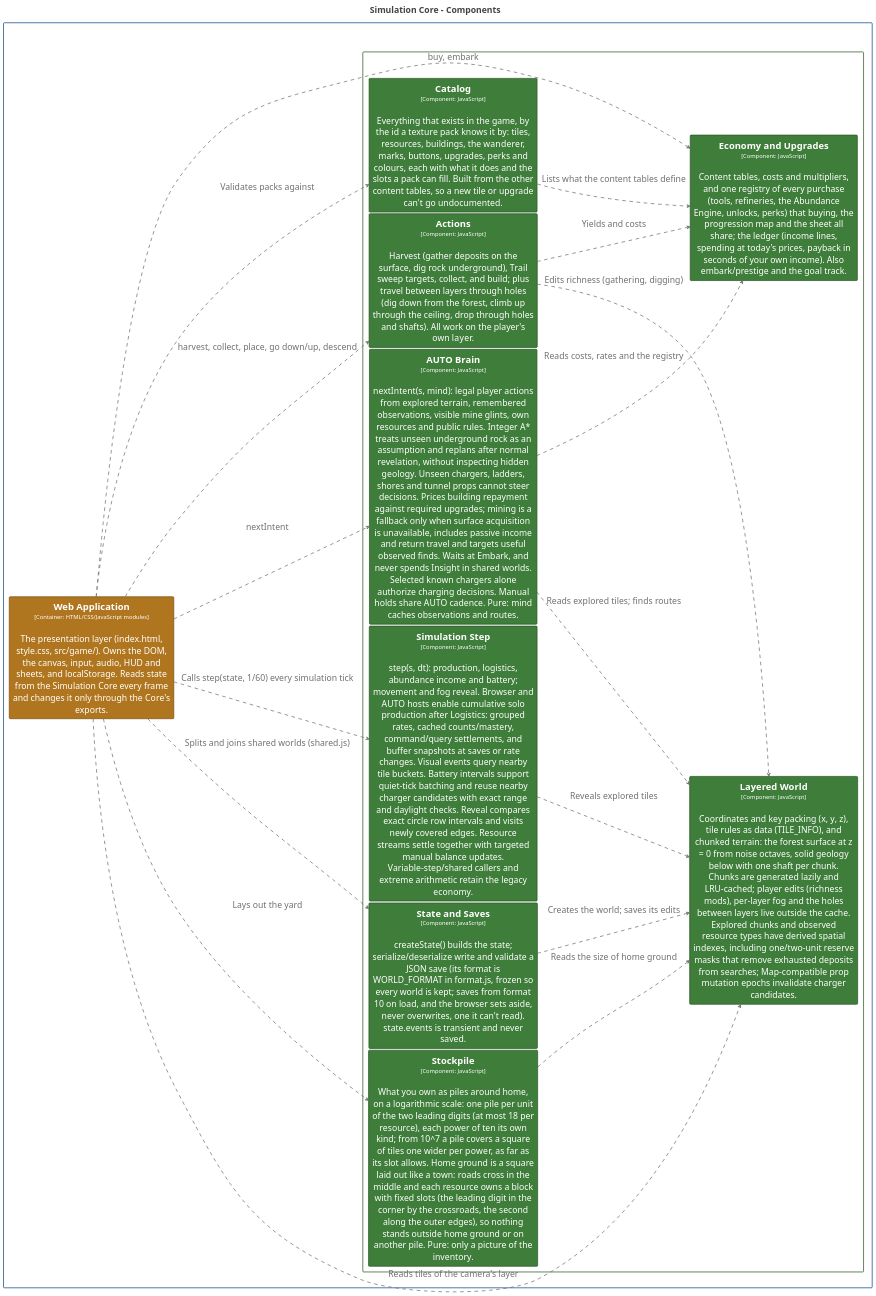
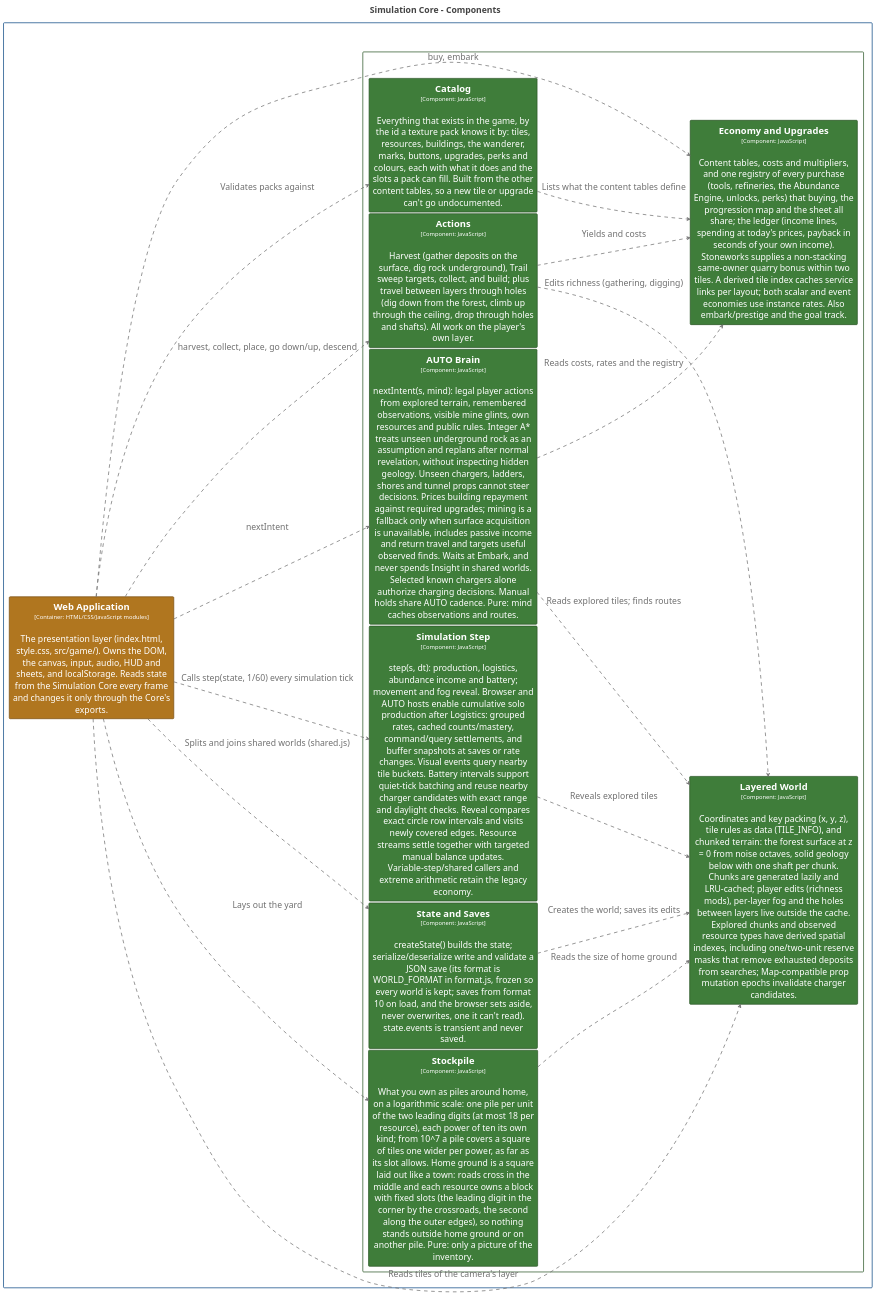
The diagram in structurizr/diagrams/CoreComponents.puml (bitkojine/more-than-enough), drawn with PlantUML before and after one commit. The commit also changed 59 other files, not shown here.

```diff
--- a/structurizr/diagrams/CoreComponents.puml
+++ b/structurizr/diagrams/CoreComponents.puml
@@ -2,104 +2,104 @@
 @startuml
 title <size:24>Simulation Core - Components</size>
 
 set separator none
 left to right direction
 skinparam ranksep 20
 skinparam nodesep 5
 hide stereotype
 
 <style>
   root {
     BackgroundColor: #ffffff;
     FontColor: #444444;
   }
   // Element,Component,Core Engine
   .Element-RWxlbWVudCxDb21wb25lbnQsQ29yZSBFbmdpbmU= {
     BackgroundColor: #3f7d3a;
     LineColor: #2c5728;
     LineStyle: 0;
     LineThickness: 2;
     FontColor: #ffffff;
     FontSize: 24;
     HorizontalAlignment: center;
     Shadowing: 0;
     MaximumWidth: 450;
   }
   // Element,Container,Presentation
   .Element-RWxlbWVudCxDb250YWluZXIsUHJlc2VudGF0aW9u {
     BackgroundColor: #b0761f;
     LineColor: #7b5215;
     LineStyle: 0;
     LineThickness: 2;
     FontColor: #ffffff;
     FontSize: 24;
     HorizontalAlignment: center;
     Shadowing: 0;
     MaximumWidth: 450;
   }
   // Relationship
   .Relationship-UmVsYXRpb25zaGlw {
     LineThickness: 2;
     LineStyle: 10-10;
     LineColor: #707070;
     FontColor: #707070;
     FontSize: 24;
     MaximumWidth: 200;
   }
   // MORE THAN ENOUGH
   .Boundary-TU9SRSBUSEFOIEVOT1VHSA== {
     BackgroundColor: #ffffff;
     LineColor: #0b4884;
     LineStyle: 0;
     LineThickness: 2;
     FontColor: #ffffff;
     FontSize: 24;
     HorizontalAlignment: center;
     Shadowing: 0;
   }
   // Simulation Core
   .Boundary-U2ltdWxhdGlvbiBDb3Jl {
     BackgroundColor: #ffffff;
     LineColor: #2c5728;
     LineStyle: 0;
     LineThickness: 2;
     FontColor: #ffffff;
     FontSize: 24;
     HorizontalAlignment: center;
     Shadowing: 0;
   }
 </style>
 
 rectangle "MORE THAN ENOUGH\n<size:16>[Software System]</size>" <<Boundary-TU9SRSBUSEFOIEVOT1VHSA==>> {
   rectangle "Simulation Core\n<size:16>[Container: JavaScript modules (browser + Node)]</size>" <<Boundary-U2ltdWxhdGlvbiBDb3Jl>> {
     rectangle "==Layered World\n<size:16>[Component: JavaScript]</size>\n\nCoordinates and key packing (x, y, z), tile rules as data (TILE_INFO), and chunked terrain: the forest surface at z = 0 from noise octaves, solid geology below with one shaft per chunk. Chunks are generated lazily and LRU-cached; player edits (richness mods), per-layer fog and the holes between layers live outside the cache. Explored chunks and observed resource types have derived spatial indexes, including one/two-unit reserve masks that remove exhausted deposits from searches; Map-compatible prop mutation epochs invalidate charger candidates." <<Element-RWxlbWVudCxDb21wb25lbnQsQ29yZSBFbmdpbmU=>> as MORETHANENOUGH.SimulationCore.LayeredWorld
     rectangle "==State and Saves\n<size:16>[Component: JavaScript]</size>\n\ncreateState() builds the state; serialize/deserialize write and validate a JSON save (its format is WORLD_FORMAT in format.js, frozen so every world is kept; saves from format 10 on load, and the browser sets aside, never overwrites, one it can't read). state.events is transient and never saved." <<Element-RWxlbWVudCxDb21wb25lbnQsQ29yZSBFbmdpbmU=>> as MORETHANENOUGH.SimulationCore.StateandSaves
     rectangle "==Simulation Step\n<size:16>[Component: JavaScript]</size>\n\nstep(s, dt): production, logistics, abundance income and battery; movement and fog reveal. Browser and AUTO hosts enable cumulative solo production after Logistics: grouped rates, cached counts/mastery, command/query settlements, and buffer snapshots at saves or rate changes. Visual events query nearby tile buckets. Battery intervals support quiet-tick batching and reuse nearby charger candidates with exact range and daylight checks. Reveal compares exact circle row intervals and visits newly covered edges. Resource streams settle together with targeted manual balance updates. Variable-step/shared callers and extreme arithmetic retain the legacy economy." <<Element-RWxlbWVudCxDb21wb25lbnQsQ29yZSBFbmdpbmU=>> as MORETHANENOUGH.SimulationCore.SimulationStep
     rectangle "==Actions\n<size:16>[Component: JavaScript]</size>\n\nHarvest (gather deposits on the surface, dig rock underground), Trail sweep targets, collect, and build; plus travel between layers through holes (dig down from the forest, climb up through the ceiling, drop through holes and shafts). All work on the player's own layer." <<Element-RWxlbWVudCxDb21wb25lbnQsQ29yZSBFbmdpbmU=>> as MORETHANENOUGH.SimulationCore.Actions
     rectangle "==AUTO Brain\n<size:16>[Component: JavaScript]</size>\n\nnextIntent(s, mind): legal player actions from explored terrain, remembered observations, visible mine glints, own resources and public rules. Integer A* treats unseen underground rock as an assumption and replans after normal revelation, without inspecting hidden geology. Unseen chargers, ladders, shores and tunnel props cannot steer decisions. Prices building repayment against required upgrades; mining is a fallback only when surface acquisition is unavailable, includes passive income and return travel and targets useful observed finds. Waits at Embark, and never spends Insight in shared worlds. Selected known chargers alone authorize charging decisions. Manual holds share AUTO cadence. Pure: mind caches observations and routes." <<Element-RWxlbWVudCxDb21wb25lbnQsQ29yZSBFbmdpbmU=>> as MORETHANENOUGH.SimulationCore.AUTOBrain
     rectangle "==Stockpile\n<size:16>[Component: JavaScript]</size>\n\nWhat you own as piles around home, on a logarithmic scale: one pile per unit of the two leading digits (at most 18 per resource), each power of ten its own kind; from 10^7 a pile covers a square of tiles one wider per power, as far as its slot allows. Home ground is a square laid out like a town: roads cross in the middle and each resource owns a block with fixed slots (the leading digit in the corner by the crossroads, the second along the outer edges), so nothing stands outside home ground or on another pile. Pure: only a picture of the inventory." <<Element-RWxlbWVudCxDb21wb25lbnQsQ29yZSBFbmdpbmU=>> as MORETHANENOUGH.SimulationCore.Stockpile
     rectangle "==Catalog\n<size:16>[Component: JavaScript]</size>\n\nEverything that exists in the game, by the id a texture pack knows it by: tiles, resources, buildings, the wanderer, marks, buttons, upgrades, perks and colours, each with what it does and the slots a pack can fill. Built from the other content tables, so a new tile or upgrade can't go undocumented." <<Element-RWxlbWVudCxDb21wb25lbnQsQ29yZSBFbmdpbmU=>> as MORETHANENOUGH.SimulationCore.Catalog
-    rectangle "==Economy and Upgrades\n<size:16>[Component: JavaScript]</size>\n\nContent tables, costs and multipliers, and one registry of every purchase (tools, refineries, the Abundance Engine, unlocks, perks) that buying, the progression map and the sheet all share; the ledger (income lines, spending at today's prices, payback in seconds of your own income). Also embark/prestige and the goal track." <<Element-RWxlbWVudCxDb21wb25lbnQsQ29yZSBFbmdpbmU=>> as MORETHANENOUGH.SimulationCore.EconomyandUpgrades
+    rectangle "==Economy and Upgrades\n<size:16>[Component: JavaScript]</size>\n\nContent tables, costs and multipliers, and one registry of every purchase (tools, refineries, the Abundance Engine, unlocks, perks) that buying, the progression map and the sheet all share; the ledger (income lines, spending at today's prices, payback in seconds of your own income). Stoneworks supplies a non-stacking same-owner quarry bonus within two tiles. A derived tile index caches service links per layout; both scalar and event economies use instance rates. Also embark/prestige and the goal track." <<Element-RWxlbWVudCxDb21wb25lbnQsQ29yZSBFbmdpbmU=>> as MORETHANENOUGH.SimulationCore.EconomyandUpgrades
   }
 
   rectangle "==Web Application\n<size:16>[Container: HTML/CSS/JavaScript modules]</size>\n\nThe presentation layer (index.html, style.css, src/game/). Owns the DOM, the canvas, input, audio, HUD and sheets, and localStorage. Reads state from the Simulation Core every frame and changes it only through the Core's exports." <<Element-RWxlbWVudCxDb250YWluZXIsUHJlc2VudGF0aW9u>> as MORETHANENOUGH.WebApplication
 }
 
 MORETHANENOUGH.WebApplication --> MORETHANENOUGH.SimulationCore.Stockpile <<Relationship-UmVsYXRpb25zaGlw>> : "Lays out the yard"
 MORETHANENOUGH.SimulationCore.Stockpile --> MORETHANENOUGH.SimulationCore.LayeredWorld <<Relationship-UmVsYXRpb25zaGlw>> : "Reads the size of home ground"
 MORETHANENOUGH.WebApplication --> MORETHANENOUGH.SimulationCore.Catalog <<Relationship-UmVsYXRpb25zaGlw>> : "Validates packs against"
 MORETHANENOUGH.SimulationCore.Catalog --> MORETHANENOUGH.SimulationCore.EconomyandUpgrades <<Relationship-UmVsYXRpb25zaGlw>> : "Lists what the content tables define"
 MORETHANENOUGH.SimulationCore.SimulationStep --> MORETHANENOUGH.SimulationCore.LayeredWorld <<Relationship-UmVsYXRpb25zaGlw>> : "Reveals explored tiles"
 MORETHANENOUGH.SimulationCore.Actions --> MORETHANENOUGH.SimulationCore.LayeredWorld <<Relationship-UmVsYXRpb25zaGlw>> : "Edits richness (gathering, digging)"
 MORETHANENOUGH.SimulationCore.Actions --> MORETHANENOUGH.SimulationCore.EconomyandUpgrades <<Relationship-UmVsYXRpb25zaGlw>> : "Yields and costs"
 MORETHANENOUGH.SimulationCore.StateandSaves --> MORETHANENOUGH.SimulationCore.LayeredWorld <<Relationship-UmVsYXRpb25zaGlw>> : "Creates the world; saves its edits"
 MORETHANENOUGH.WebApplication --> MORETHANENOUGH.SimulationCore.StateandSaves <<Relationship-UmVsYXRpb25zaGlw>> : "Splits and joins shared worlds (shared.js)"
 MORETHANENOUGH.WebApplication --> MORETHANENOUGH.SimulationCore.AUTOBrain <<Relationship-UmVsYXRpb25zaGlw>> : "nextIntent"
 MORETHANENOUGH.SimulationCore.AUTOBrain --> MORETHANENOUGH.SimulationCore.LayeredWorld <<Relationship-UmVsYXRpb25zaGlw>> : "Reads explored tiles; finds routes"
 MORETHANENOUGH.SimulationCore.AUTOBrain --> MORETHANENOUGH.SimulationCore.EconomyandUpgrades <<Relationship-UmVsYXRpb25zaGlw>> : "Reads costs, rates and the registry"
 MORETHANENOUGH.WebApplication --> MORETHANENOUGH.SimulationCore.SimulationStep <<Relationship-UmVsYXRpb25zaGlw>> : "Calls step(state, 1/60) every simulation tick"
 MORETHANENOUGH.WebApplication --> MORETHANENOUGH.SimulationCore.Actions <<Relationship-UmVsYXRpb25zaGlw>> : "harvest, collect, place, go down/up, descend"
 MORETHANENOUGH.WebApplication --> MORETHANENOUGH.SimulationCore.EconomyandUpgrades <<Relationship-UmVsYXRpb25zaGlw>> : "buy, embark"
 MORETHANENOUGH.WebApplication --> MORETHANENOUGH.SimulationCore.LayeredWorld <<Relationship-UmVsYXRpb25zaGlw>> : "Reads tiles of the camera's layer"
 
 @enduml
```
